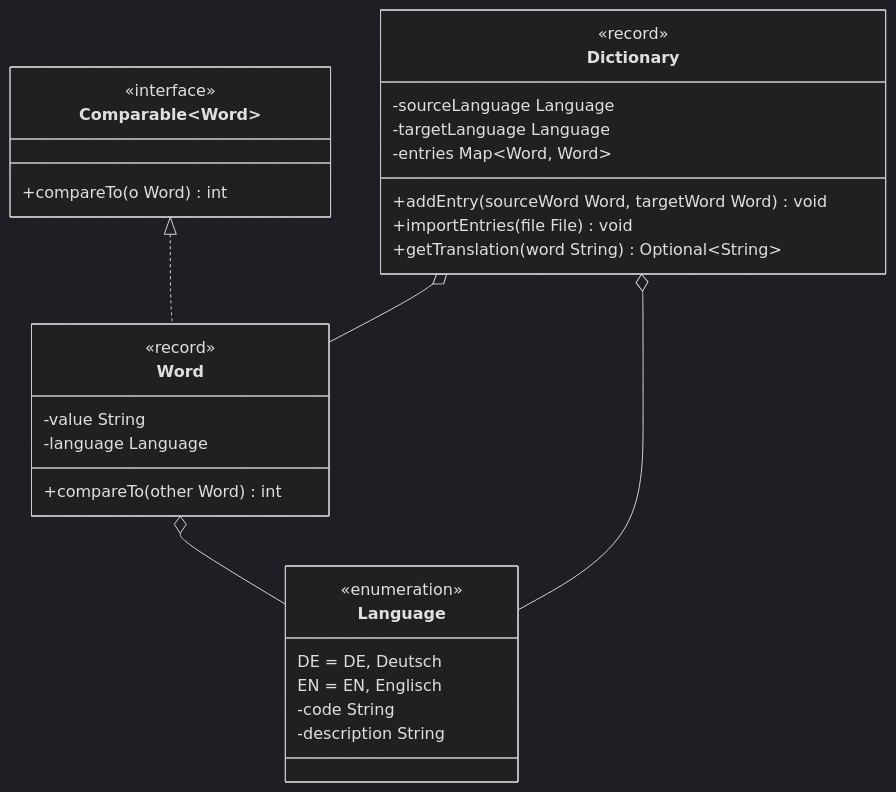
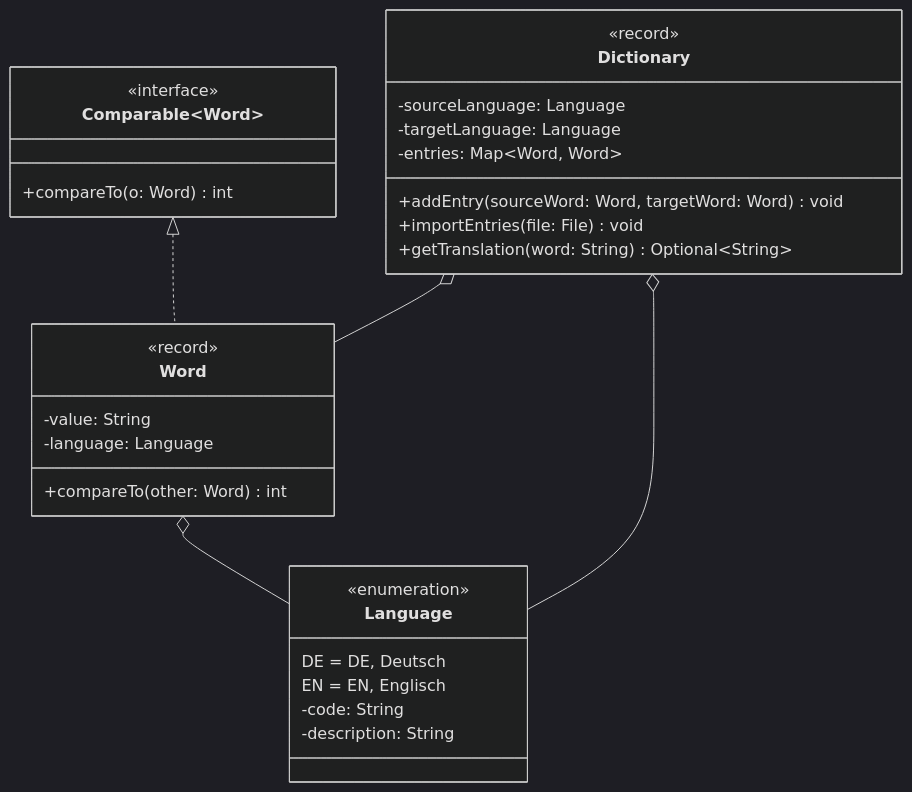
Before and after one commit to jappuccini/java-docs: the diagram in docs/exam-exercises/exam-exercises-java2/dictionary.md, drawn with Mermaid (dark theme). The commit also changed other lines of this file and 76 other files, not shown here.

Commit message:
uml fixes (colons, properties), headline fixes (italic) and exam result updates

````diff
--- a/docs/exam-exercises/exam-exercises-java2/dictionary.md
+++ b/docs/exam-exercises/exam-exercises-java2/dictionary.md
@@ -13,37 +13,37 @@
 ```mermaid
 classDiagram
     Comparable~Word~ <|.. Word
     Word o-- Language
     Dictionary o-- Word
     Dictionary o-- Language
 
     class Word {
         <<record>>
-        -value String
-        -language Language
-        +compareTo(other Word) int
+        -value: String
+        -language: Language
+        +compareTo(other: Word) int
     }
 
     class Comparable~Word~ {
         <<interface>>
-        +compareTo(o Word) int
+        +compareTo(o: Word) int
     }
 
     class Language {
         <<enumeration>>
         DE = DE, Deutsch
         EN = EN, Englisch
-        -code String
-        -description String
+        -code: String
+        -description: String
     }
 
     class Dictionary {
         <<record>>
-        -sourceLanguage Language
-        -targetLanguage Language
-        -entries Map~Word&sbquo; Word~
-        +addEntry(sourceWord Word, targetWord Word) void
-        +importEntries(file File) void
-        +getTranslation(word String) Optional~String~
+        -sourceLanguage: Language
+        -targetLanguage: Language
+        -entries: Map~Word, Word~
+        +addEntry(sourceWord: Word, targetWord: Word) void
+        +importEntries(file: File) void
+        +getTranslation(word: String) Optional~String~
     }
 ```
````
